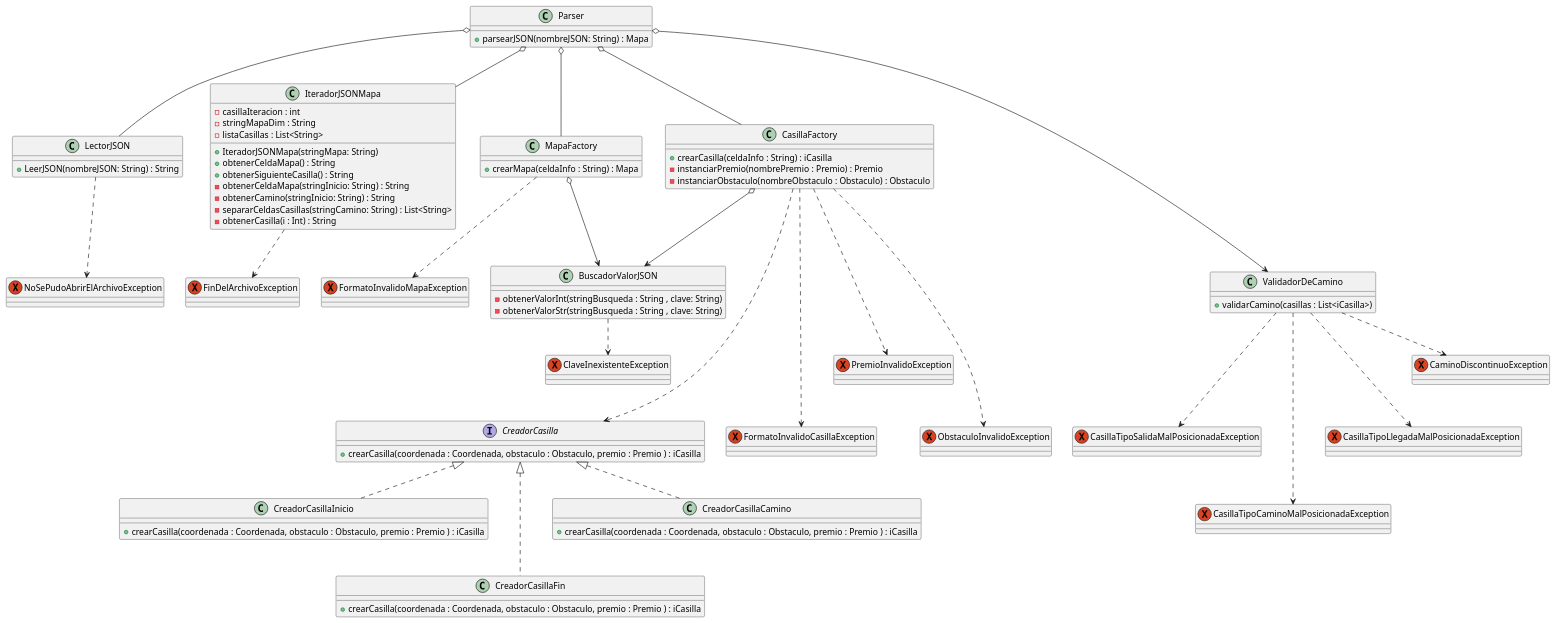
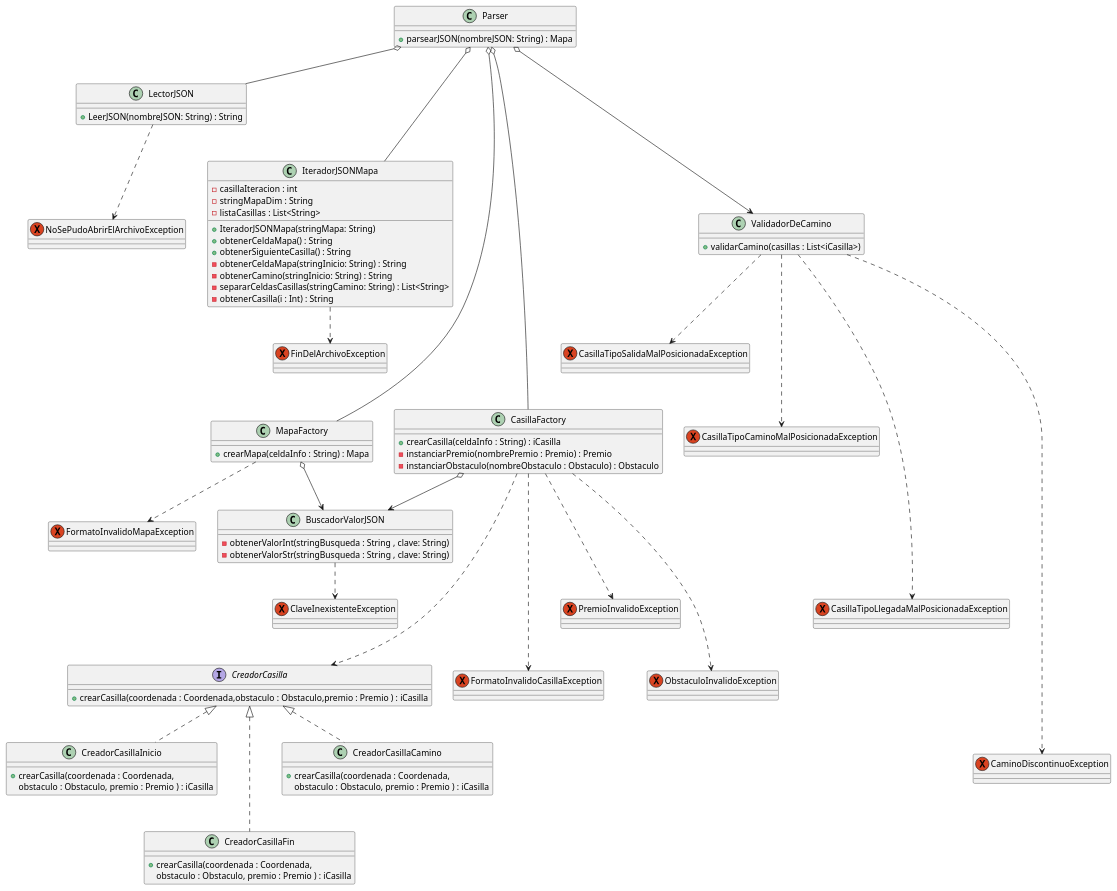
The diagram in diagrams/clases/parser/clase_parser.plantuml (mcumskov/Algo3_tp2), drawn with PlantUML before and after one commit.

Commit message:
Cambio el uml de parser para que quede más bonito

```diff
--- a/diagrams/clases/parser/clase_parser.plantuml
+++ b/diagrams/clases/parser/clase_parser.plantuml
@@ -1,123 +1,126 @@
 @startuml
 class Parser {
 
     + parsearJSON(nombreJSON: String) : Mapa
 
 }
 
 class LectorJSON {
 
     +LeerJSON(nombreJSON: String) : String
 
 
 }
 
 class IteradorJSONMapa {
 
     - casillaIteracion : int
     - stringMapaDim : String
     - listaCasillas : List<String>
     + IteradorJSONMapa(stringMapa: String)
     + obtenerCeldaMapa() : String
     + obtenerSiguienteCasilla() : String
     - obtenerCeldaMapa(stringInicio: String) : String
     - obtenerCamino(stringInicio: String) : String
     - separarCeldasCasillas(stringCamino: String) : List<String>
     - obtenerCasilla(i : Int) : String
 
 }
 
 class BuscadorValorJSON{
 
     - obtenerValorInt(stringBusqueda : String , clave: String)
     - obtenerValorStr(stringBusqueda : String , clave: String)
 
 }
 
 class MapaFactory{
 
     + crearMapa(celdaInfo : String) : Mapa
 
 }
 
 class CasillaFactory{
 
     + crearCasilla(celdaInfo : String) : iCasilla
     - instanciarPremio(nombrePremio : Premio) : Premio
     - instanciarObstaculo(nombreObstaculo : Obstaculo) : Obstaculo
 }
 
 class ValidadorDeCamino{
 
     +validarCamino(casillas : List<iCasilla>)
 
 }
 
 interface CreadorCasilla{
 
-    + crearCasilla(coordenada : Coordenada, obstaculo : Obstaculo, premio : Premio ) : iCasilla
+    + crearCasilla(coordenada : Coordenada,obstaculo : Obstaculo,premio : Premio ) : iCasilla
 
 }
 
 class CreadorCasillaInicio{
-    + crearCasilla(coordenada : Coordenada, obstaculo : Obstaculo, premio : Premio ) : iCasilla
+    + crearCasilla(coordenada : Coordenada, 
+    obstaculo : Obstaculo, premio : Premio ) : iCasilla
 }
 
 class CreadorCasillaFin{
-    + crearCasilla(coordenada : Coordenada, obstaculo : Obstaculo, premio : Premio ) : iCasilla
+    + crearCasilla(coordenada : Coordenada, 
+    obstaculo : Obstaculo, premio : Premio ) : iCasilla
 }
 
 class CreadorCasillaCamino{
-    + crearCasilla(coordenada : Coordenada, obstaculo : Obstaculo, premio : Premio ) : iCasilla
+    + crearCasilla(coordenada : Coordenada, 
+    obstaculo : Obstaculo, premio : Premio ) : iCasilla
 }
 
 exception NoSePudoAbrirElArchivoException{}
 
 exception FinDelArchivoException{}
 
 exception FormatoInvalidoMapaException{}
 exception FormatoInvalidoCasillaException{}
 exception PremioInvalidoException{}
 exception ObstaculoInvalidoException{}
 exception ClaveInexistenteException{}
 
 Parser o-- LectorJSON
 LectorJSON .-> NoSePudoAbrirElArchivoException
 
-Parser o-- IteradorJSONMapa
+Parser o--- IteradorJSONMapa
 IteradorJSONMapa ..> FinDelArchivoException
 
-Parser o-- MapaFactory
-Parser o-- CasillaFactory
+Parser o----- MapaFactory
+Parser o----- CasillaFactory
 
 MapaFactory o--> BuscadorValorJSON
 CasillaFactory o--> BuscadorValorJSON
 BuscadorValorJSON ..> ClaveInexistenteException
 
 
 CasillaFactory ....> CreadorCasilla
 CreadorCasilla <|.. CreadorCasillaInicio
 CreadorCasilla <|..  CreadorCasillaCamino
 CreadorCasilla <|...  CreadorCasillaFin
 
 CasillaFactory ....> FormatoInvalidoCasillaException
 CasillaFactory ...> PremioInvalidoException
 CasillaFactory ....> ObstaculoInvalidoException
 
 
 
 MapaFactory ..> FormatoInvalidoMapaException
 
 Parser o---> ValidadorDeCamino
 
 exception CasillaTipoSalidaMalPosicionadaException{}
 exception CasillaTipoCaminoMalPosicionadaException{}
 exception CasillaTipoLlegadaMalPosicionadaException{}
 exception CaminoDiscontinuoException{}
 
-ValidadorDeCamino ...> CasillaTipoSalidaMalPosicionadaException
-ValidadorDeCamino ....> CasillaTipoCaminoMalPosicionadaException
-ValidadorDeCamino ...> CasillaTipoLlegadaMalPosicionadaException
-ValidadorDeCamino ..> CaminoDiscontinuoException
+ValidadorDeCamino ..> CasillaTipoSalidaMalPosicionadaException
+ValidadorDeCamino ...> CasillaTipoCaminoMalPosicionadaException
+ValidadorDeCamino .....> CasillaTipoLlegadaMalPosicionadaException
+ValidadorDeCamino .......> CaminoDiscontinuoException
 
 @enduml
```
